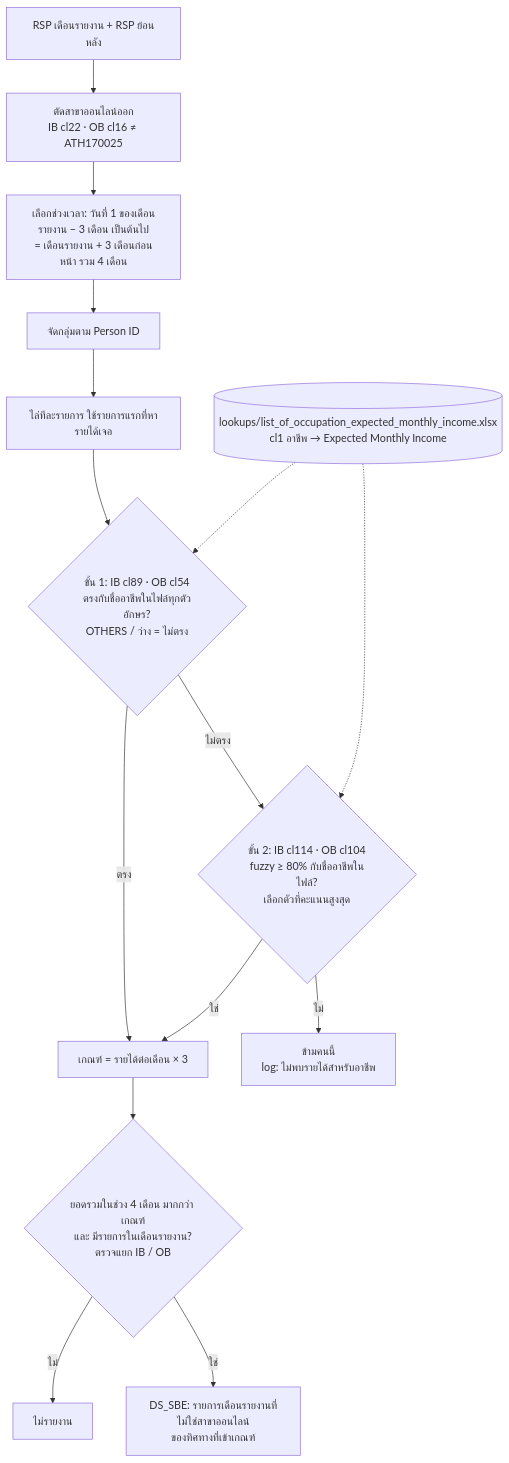
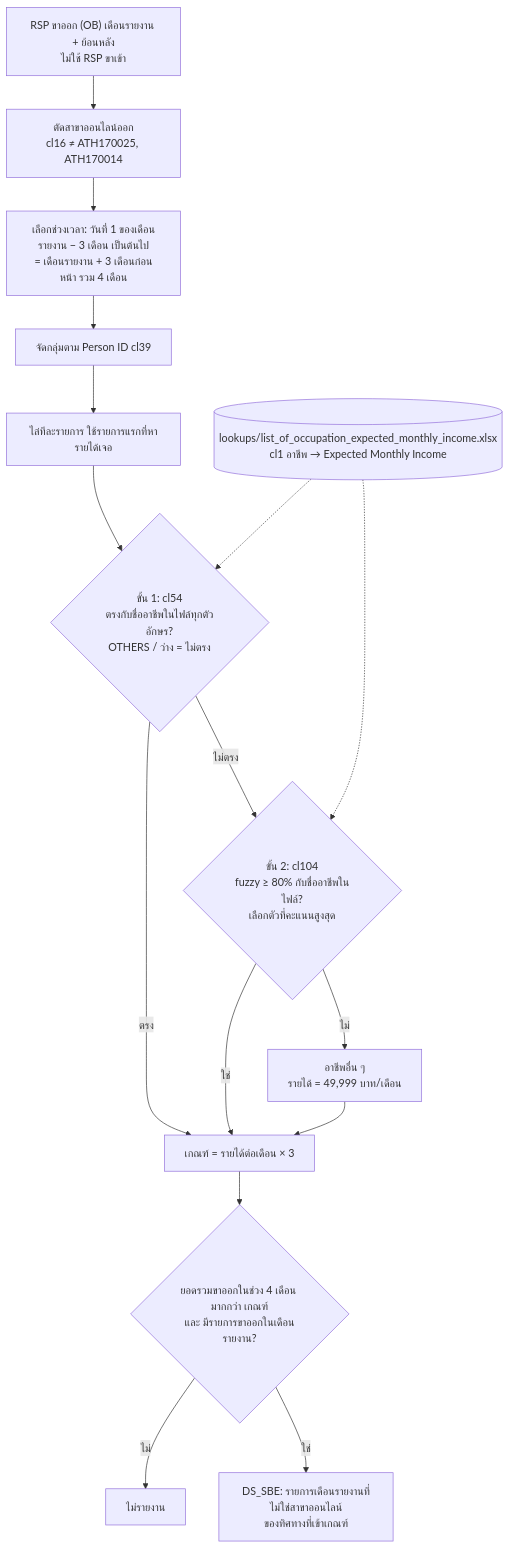
One commit to ArtSukasem/western-union-bot-report-2026 changed the sixth of 12 diagrams in .claude/usermanuals/rule-flowcharts-th.md. Above: the diagram before and after it, drawn with Mermaid. The commit also changed 8 other files, not shown here.

````diff
--- a/.claude/usermanuals/rule-flowcharts-th.md
+++ b/.claude/usermanuals/rule-flowcharts-th.md
@@ -98,18 +98,19 @@
 ```mermaid
 flowchart TD
-    A["RSP เดือนรายงาน + RSP ย้อนหลัง"] --> B["ตัดสาขาออนไลน์ออก<br/>IB cl22 · OB cl16 ≠ ATH170025"]
+    A["RSP ขาออก (OB) เดือนรายงาน + ย้อนหลัง<br/>ไม่ใช้ RSP ขาเข้า"] --> B["ตัดสาขาออนไลน์ออก<br/>cl16 ≠ ATH170025, ATH170014"]
     B --> C["เลือกช่วงเวลา: วันที่ 1 ของเดือนรายงาน − 3 เดือน เป็นต้นไป<br/>= เดือนรายงาน + 3 เดือนก่อนหน้า รวม 4 เดือน"]
-    C --> D["จัดกลุ่มตาม Person ID"]
+    C --> D["จัดกลุ่มตาม Person ID cl39"]
     D --> E["ไล่ทีละรายการ ใช้รายการแรกที่หารายได้เจอ"]
-    E --> F{"ขั้น 1: IB cl89 · OB cl54<br/>ตรงกับชื่ออาชีพในไฟล์ทุกตัวอักษร?<br/>OTHERS / ว่าง = ไม่ตรง"}
+    E --> F{"ขั้น 1: cl54<br/>ตรงกับชื่ออาชีพในไฟล์ทุกตัวอักษร?<br/>OTHERS / ว่าง = ไม่ตรง"}
     F -- ตรง --> G["เกณฑ์ = รายได้ต่อเดือน × 3"]
-    F -- ไม่ตรง --> F2{"ขั้น 2: IB cl114 · OB cl104<br/>fuzzy ≥ 80% กับชื่ออาชีพในไฟล์?<br/>เลือกตัวที่คะแนนสูงสุด"}
+    F -- ไม่ตรง --> F2{"ขั้น 2: cl104<br/>fuzzy ≥ 80% กับชื่ออาชีพในไฟล์?<br/>เลือกตัวที่คะแนนสูงสุด"}
     F2 -- ใช่ --> G
-    F2 -- ไม่ --> NO["ข้ามคนนี้<br/>log: ไม่พบรายได้สำหรับอาชีพ"]
-    G --> H{"ยอดรวมในช่วง 4 เดือน มากกว่า เกณฑ์<br/>และ มีรายการในเดือนรายงาน?<br/>ตรวจแยก IB / OB"}
+    F2 -- ไม่ --> OTH["อาชีพอื่น ๆ<br/>รายได้ = 49,999 บาท/เดือน"]
+    OTH --> G
+    G --> H{"ยอดรวมขาออกในช่วง 4 เดือน มากกว่า เกณฑ์<br/>และ มีรายการขาออกในเดือนรายงาน?"}
     H -- ไม่ --> NO2["ไม่รายงาน"]
     H -- ใช่ --> R["DS_SBE: รายการเดือนรายงานที่ไม่ใช่สาขาออนไลน์<br/>ของทิศทางที่เข้าเกณฑ์"]
 
     L1[("lookups/list_of_occupation_expected_monthly_income.xlsx<br/>cl1 อาชีพ → Expected Monthly Income")] -.-> F
     L1 -.-> F2
 ```
````
